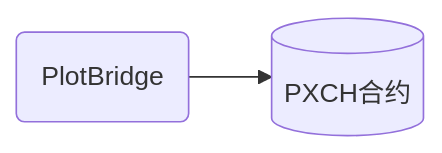
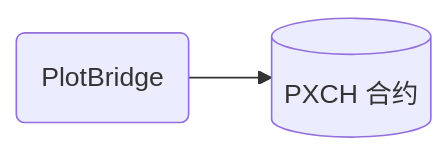
Before and after one commit to plot-network/plotbridge-website: the first of 4 diagrams in content/tokens.zh-cn.md, drawn with Mermaid. The commit also changed other lines of this file and 2 other files, not shown here.

Commit message:
add mermaid in tokens.md

```diff
--- a/content/tokens.zh-cn.md
+++ b/content/tokens.zh-cn.md
@@ -12,4 +15,4 @@
 {{< mermaid >}}
 graph LR;
-PB(PlotBridge) --> PC[(PXCH合约)]
+PB(PlotBridge) --> PC[(PXCH 合约)]
 {{</mermaid>}}
```
